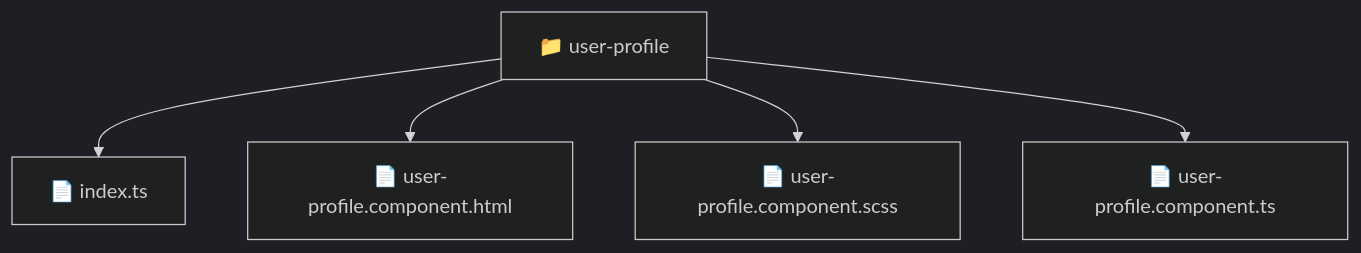
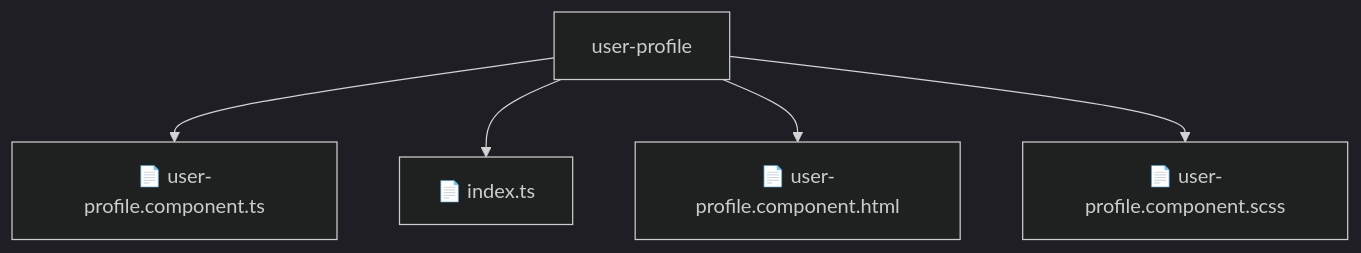
One commit to beginwebdev2002/fullstack-mavluda changed the diagram in frontend/src/pages/user-profile/README.md. Above: the diagram before and after it, drawn with Mermaid (dark theme). The commit also changed other lines of this file and 155 other files, not shown here.

````diff
--- a/frontend/src/pages/user-profile/README.md
+++ b/frontend/src/pages/user-profile/README.md
@@ -10,8 +14,8 @@
 ```mermaid
 graph TD
-  Root["📁 user-profile"]
-  Root --> indexts["📄 index.ts"]
-  Root --> userprofilecomponenthtml["📄 user-profile.component.html"]
-  Root --> userprofilecomponentscss["📄 user-profile.component.scss"]
-  Root --> userprofilecomponentts["📄 user-profile.component.ts"]
+    Root[user-profile]
+    Root --> F0[📄 user-profile.component.ts]
+    Root --> F1[📄 index.ts]
+    Root --> F2[📄 user-profile.component.html]
+    Root --> F3[📄 user-profile.component.scss]
 ```
````
